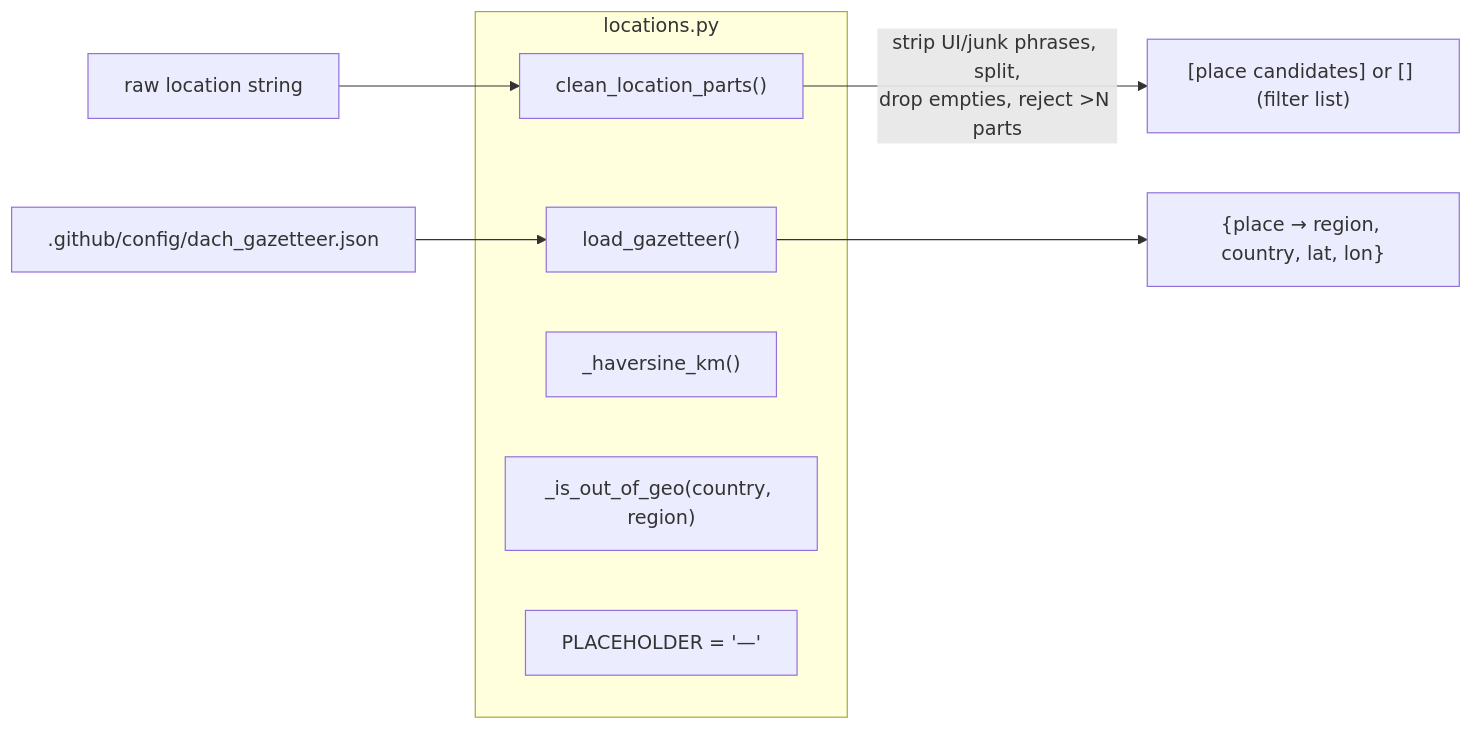
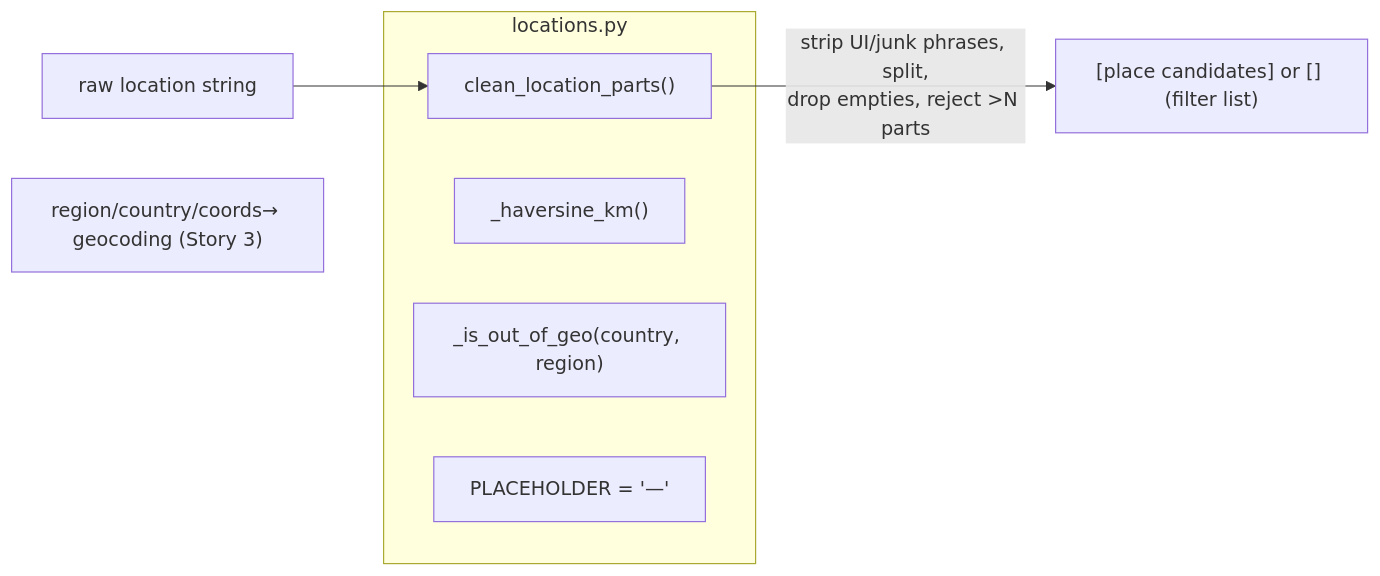
The diagram in .sdlc/tasks/locations-gazetteer-cleaner/spec.md (EnnioTorre/dach-exec-job-alerts), drawn with Mermaid before and after one commit. The commit also changed other lines of this file and 4 other files, not shown here.

````diff
--- a/.sdlc/tasks/locations-gazetteer-cleaner/spec.md
+++ b/.sdlc/tasks/locations-gazetteer-cleaner/spec.md
@@ -47,14 +47,12 @@
 ```mermaid
 flowchart LR
     RAW["raw location string"] --> CLEAN["clean_location_parts()"]
     CLEAN -->|strip UI/junk phrases, split,<br/>drop empties, reject >N parts| PARTS["[place candidates] or [] (filter list)"]
-    GAZ[".github/config/dach_gazetteer.json"] --> LOAD["load_gazetteer()"]
-    LOAD --> MAP["{place → region, country, lat, lon}"]
     subgraph locations.py
         CLEAN
-        LOAD
         HAV["_haversine_km()"]
         GEO["_is_out_of_geo(country, region)"]
         PH["PLACEHOLDER = '—'"]
     end
+    note["region/country/coords→ geocoding (Story 3)"]
 ```
````
